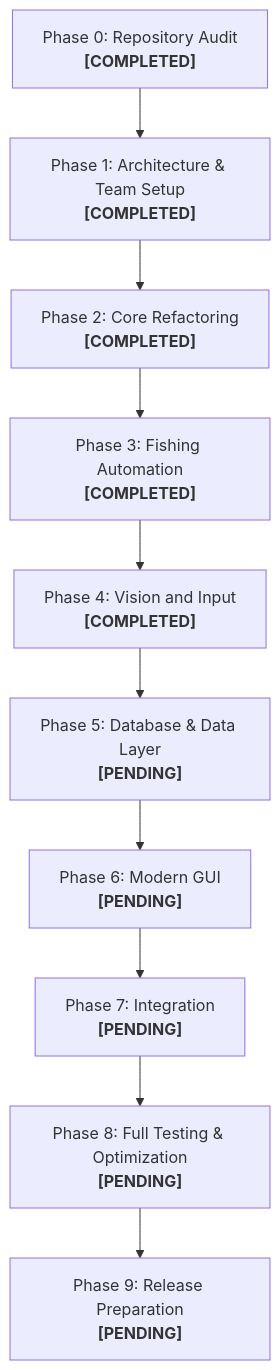
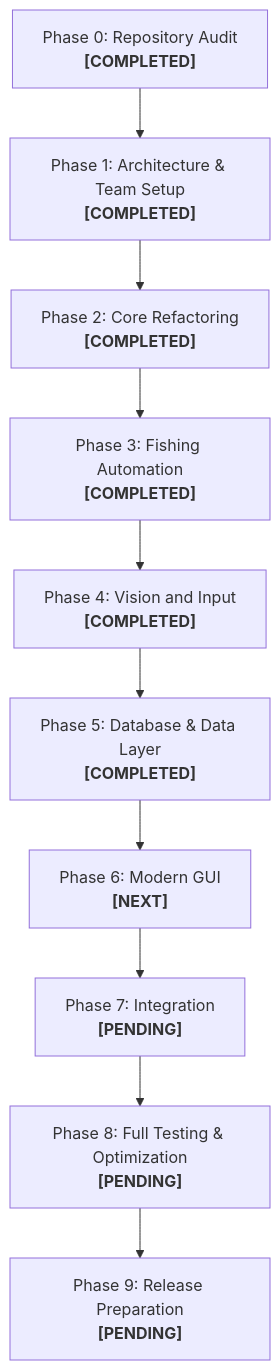
One commit to 69030304-bot/fisch_macro changed the diagram in docs/ROADMAP.md. Above: the diagram before and after it, drawn with Mermaid. The commit also changed other lines of this file and 16 other files, not shown here.

First line of the commit message:
feat(database): implement data models, repository pattern, migrations, and atomic config

````diff
--- a/docs/ROADMAP.md
+++ b/docs/ROADMAP.md
@@ -12,12 +12,12 @@
 ```mermaid
 flowchart TD
     P0["Phase 0: Repository Audit<br/><b>[COMPLETED]</b>"] --> P1["Phase 1: Architecture & Team Setup<br/><b>[COMPLETED]</b>"]
     P1 --> P2["Phase 2: Core Refactoring<br/><b>[COMPLETED]</b>"]
     P2 --> P3["Phase 3: Fishing Automation<br/><b>[COMPLETED]</b>"]
     P3 --> P4["Phase 4: Vision and Input<br/><b>[COMPLETED]</b>"]
-    P4 --> P5["Phase 5: Database & Data Layer<br/><b>[PENDING]</b>"]
-    P5 --> P6["Phase 6: Modern GUI<br/><b>[PENDING]</b>"]
+    P4 --> P5["Phase 5: Database & Data Layer<br/><b>[COMPLETED]</b>"]
+    P5 --> P6["Phase 6: Modern GUI<br/><b>[NEXT]</b>"]
     P6 --> P7["Phase 7: Integration<br/><b>[PENDING]</b>"]
     P7 --> P8["Phase 8: Full Testing & Optimization<br/><b>[PENDING]</b>"]
     P8 --> P9["Phase 9: Release Preparation<br/><b>[PENDING]</b>"]
 ```
````
